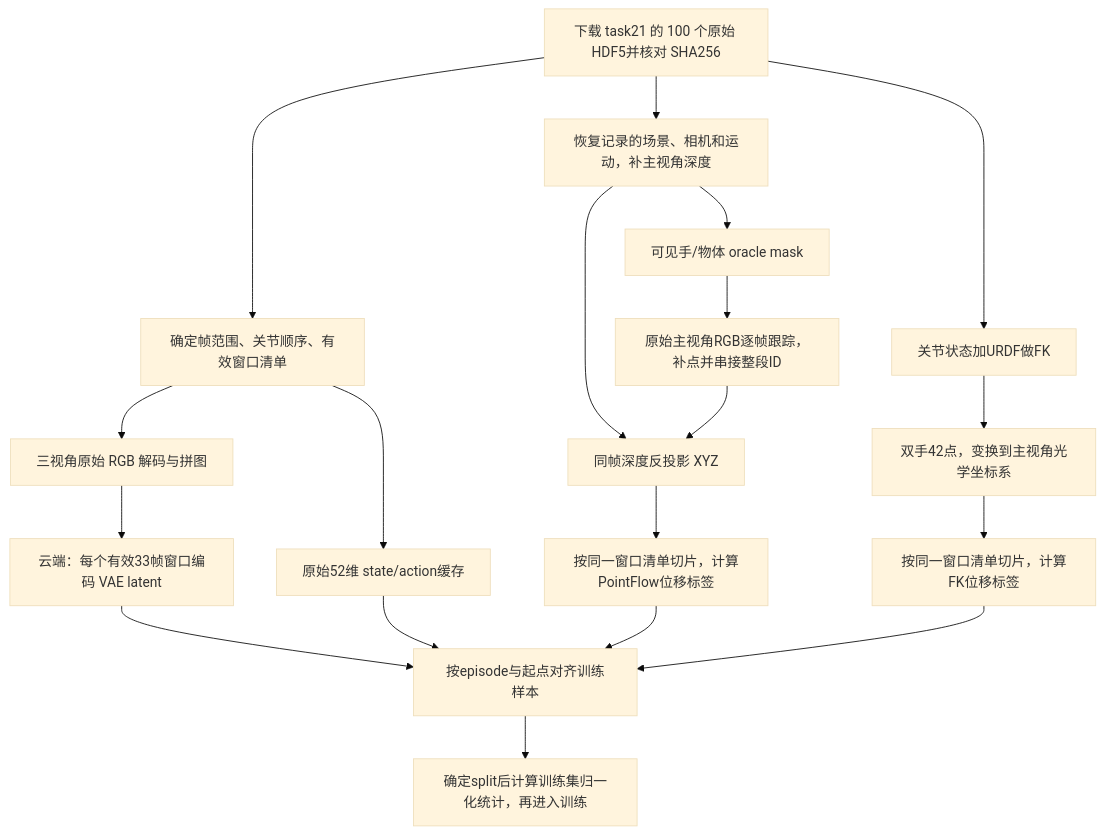
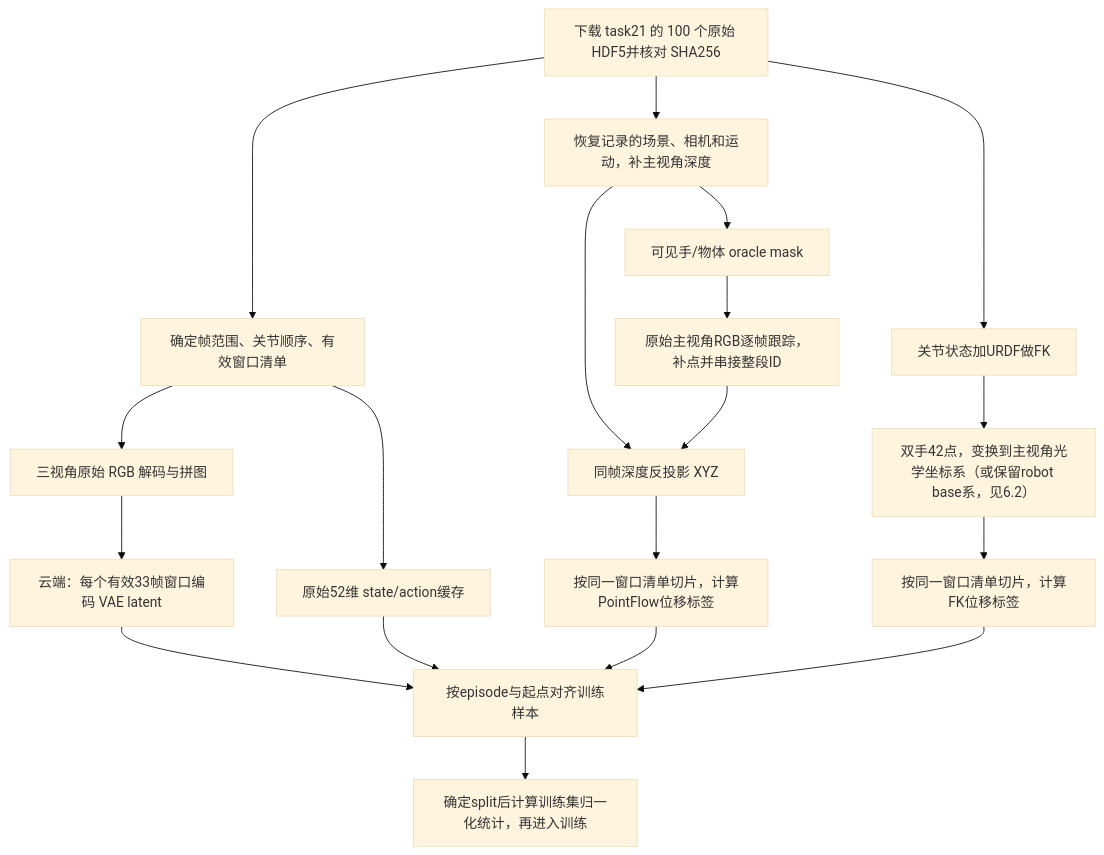
One commit to NaOH678/cosmos-training changed the diagram in docs/SIM_DATA_PIPELINE.md. Above: the diagram before and after it, drawn with Mermaid (base theme). The commit also changed other lines of this file, not shown here.

````diff
--- a/docs/SIM_DATA_PIPELINE.md
+++ b/docs/SIM_DATA_PIPELINE.md
@@ -13,22 +13,22 @@
 ```mermaid
 flowchart TD
     A[下载 task21 的 100 个原始 HDF5并核对 SHA256]
     A --> B[确定帧范围、关节顺序、有效窗口清单]
     B --> C[三视角原始 RGB 解码与拼图]
     C --> D[云端：每个有效33帧窗口编码 VAE latent]
     B --> E[原始52维 state/action缓存]
     A --> F[恢复记录的场景、相机和运动，补主视角深度]
     F --> G[可见手/物体 oracle mask]
     G --> H[原始主视角RGB逐帧跟踪，补点并串接整段ID]
     F --> I[同帧深度反投影 XYZ]
     H --> I
     A --> J[关节状态加URDF做FK]
-    J --> K[双手42点，变换到主视角光学坐标系]
+    J --> K[双手42点，变换到主视角光学坐标系（或保留robot base系，见6.2）]
     I --> L[按同一窗口清单切片，计算PointFlow位移标签]
     K --> M[按同一窗口清单切片，计算FK位移标签]
     D --> N[按episode与起点对齐训练样本]
     E --> N
     L --> N
     M --> N
     N --> O[确定split后计算训练集归一化统计，再进入训练]
 ```
````
